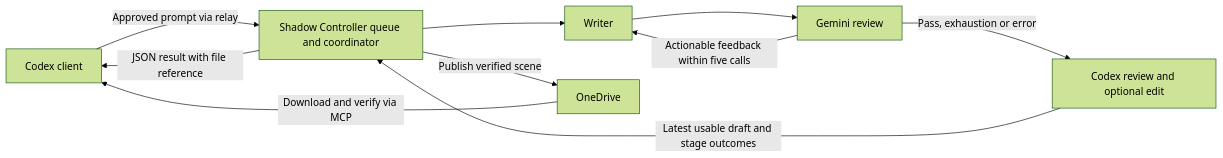
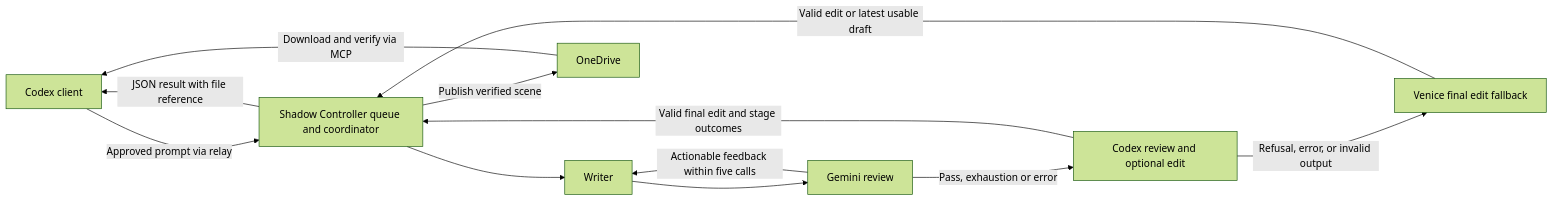
Diagram 12 of 12 in README.md (DRincs-Productions/LM-Studio), drawn with Mermaid (forest theme) before and after one commit. The commit also changed other lines of this file and 6 other files, not shown here.

Commit message:
Release server 0.1.17 with Venice final edit fallback

````diff
--- a/README.md
+++ b/README.md
@@ -558,12 +560,14 @@
 ```mermaid
 flowchart LR
     A[Codex client] -->|Approved prompt via relay| S[Shadow Controller queue and coordinator]
     S --> W[Writer]
     W --> G[Gemini review]
     G -->|Actionable feedback within five calls| W
     G -->|Pass, exhaustion or error| C[Codex review and optional edit]
-    C -->|Latest usable draft and stage outcomes| S
+    C -->|Valid final edit and stage outcomes| S
+    C -->|Refusal, error, or invalid output| V[Venice final edit fallback]
+    V -->|Valid edit or latest usable draft| S
     S -->|Publish verified scene| O[OneDrive]
     S -->|JSON result with file reference| A
     O -->|Download and verify via MCP| A
 ```
````
